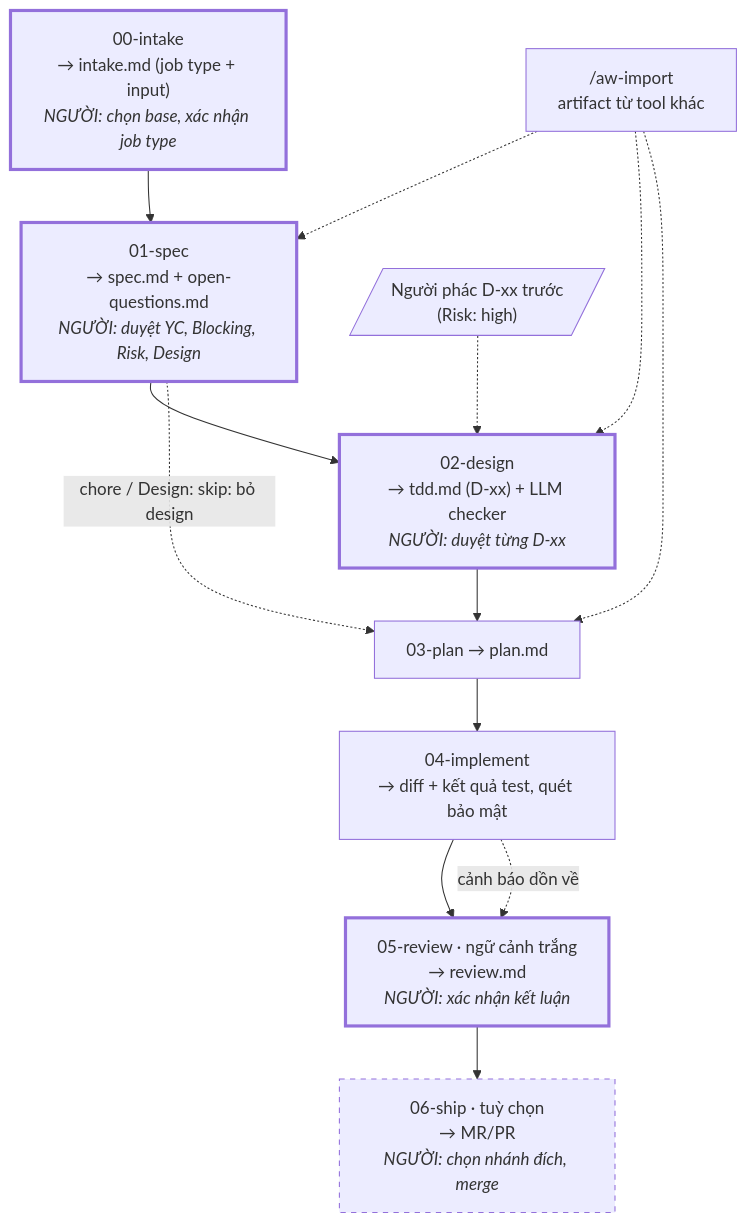
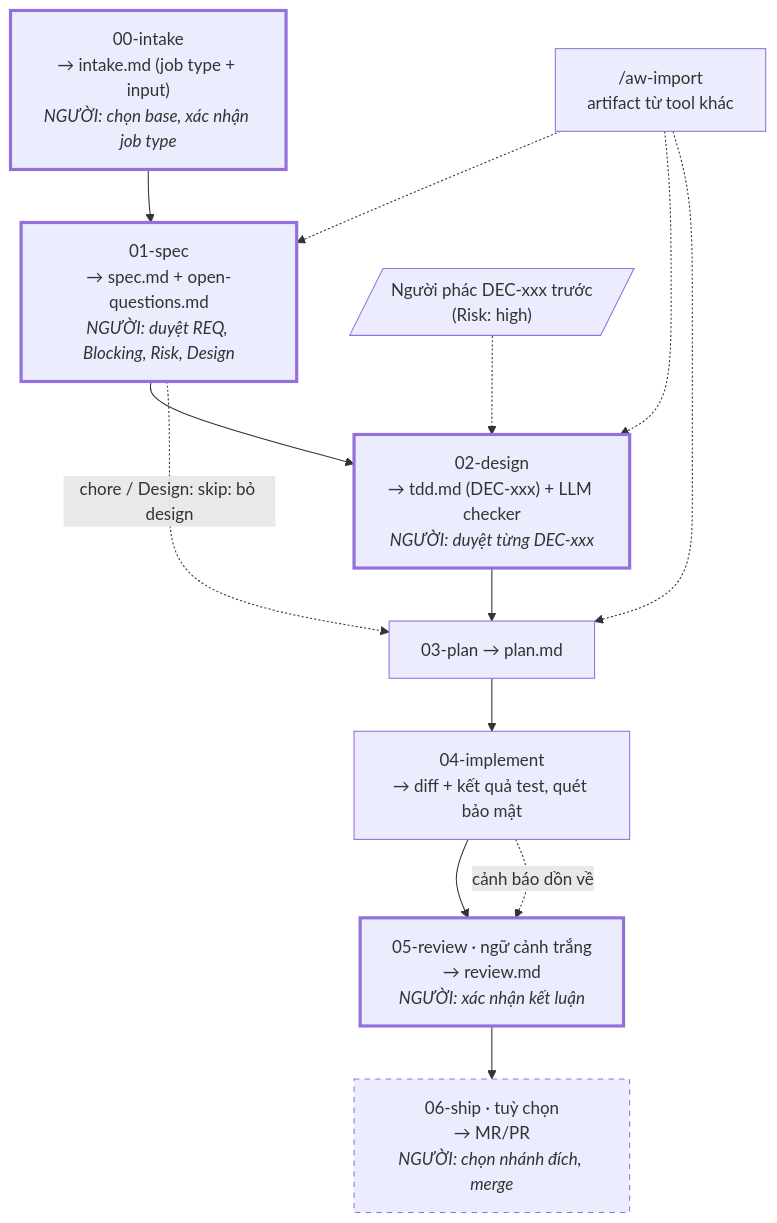
Before and after one commit to dangminhphuc/agent-workflow: the diagram in README.md, drawn with Mermaid. The commit also changed other lines of this file and 58 other files, not shown here.

First line of the commit message:
Mã định danh theo một dạng: <TIỀN TỐ>-NNN (REQ, DEC, FND, TSK, RFR)

````diff
--- a/README.md
+++ b/README.md
@@ -43,25 +43,25 @@
 ```mermaid
 flowchart TD
     INTAKE["00-intake<br/>→ intake.md (job type + input)<br/><i>NGƯỜI: chọn base, xác nhận job type</i>"]
-    SPEC["01-spec<br/>→ spec.md + open-questions.md<br/><i>NGƯỜI: duyệt YC, Blocking, Risk, Design</i>"]
-    PHAC[/"Người phác D-xx trước<br/>(Risk: high)"/]
-    DESIGN["02-design<br/>→ tdd.md (D-xx) + LLM checker<br/><i>NGƯỜI: duyệt từng D-xx</i>"]
+    SPEC["01-spec<br/>→ spec.md + open-questions.md<br/><i>NGƯỜI: duyệt REQ, Blocking, Risk, Design</i>"]
+    PHAC[/"Người phác DEC-xxx trước<br/>(Risk: high)"/]
+    DESIGN["02-design<br/>→ tdd.md (DEC-xxx) + LLM checker<br/><i>NGƯỜI: duyệt từng DEC-xxx</i>"]
     PLAN["03-plan → plan.md"]
     IMPL["04-implement<br/>→ diff + kết quả test, quét bảo mật"]
     REVIEW["05-review · ngữ cảnh trắng<br/>→ review.md<br/><i>NGƯỜI: xác nhận kết luận</i>"]
     SHIP["06-ship · tuỳ chọn<br/>→ MR/PR<br/><i>NGƯỜI: chọn nhánh đích, merge</i>"]
     IMPORT["/aw-import<br/>artifact từ tool khác"]
 
     INTAKE --> SPEC --> DESIGN --> PLAN --> IMPL --> REVIEW --> SHIP
     PHAC -.-> DESIGN
     SPEC -. "chore / Design: skip: bỏ design" .-> PLAN
     IMPL -. "cảnh báo dồn về" .-> REVIEW
     IMPORT -.-> SPEC
     IMPORT -.-> DESIGN
     IMPORT -.-> PLAN
 
     classDef nguoi stroke-width:3px
     classDef tuychon stroke-dasharray:5 5
     class INTAKE,SPEC,DESIGN,REVIEW nguoi
     class SHIP tuychon
 ```
````
